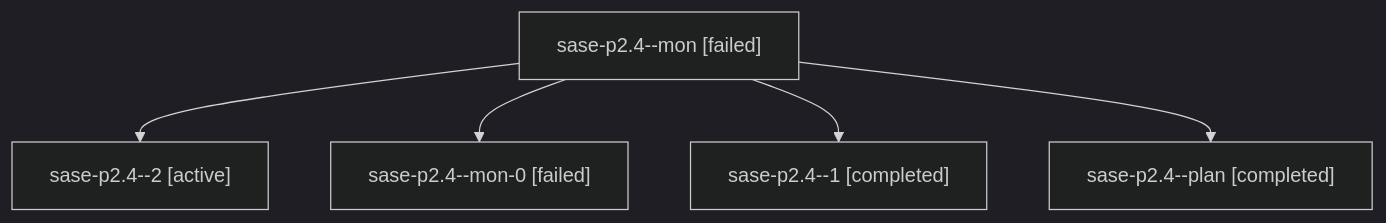
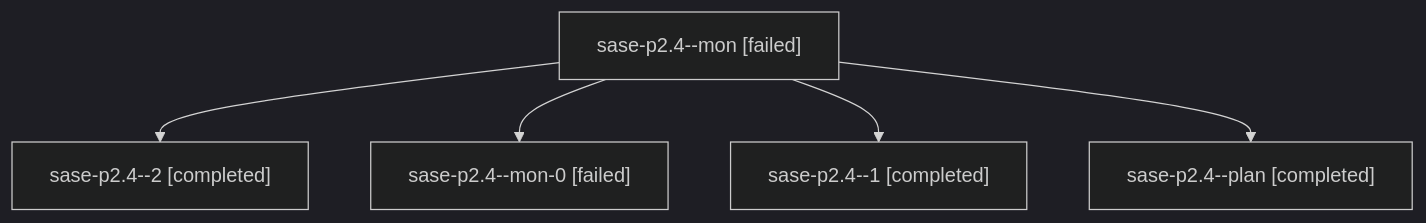
Before and after one commit to sase-org/sase--agents: the diagram in families/bbugyi200.athena.sase-p2.4.md, drawn with Mermaid (dark theme). The commit also changed other lines of this file and 53 other files, not shown here.

````diff
--- a/families/bbugyi200.athena.sase-p2.4.md
+++ b/families/bbugyi200.athena.sase-p2.4.md
@@ -9,12 +9,12 @@
 ```mermaid
 flowchart TD
   n0["sase-p2.4--mon [failed]"]
-  n1["sase-p2.4--2 [active]"]
+  n1["sase-p2.4--2 [completed]"]
   n0 --> n1
   n2["sase-p2.4--mon-0 [failed]"]
   n0 --> n2
   n3["sase-p2.4--1 [completed]"]
   n0 --> n3
   n4["sase-p2.4--plan [completed]"]
   n0 --> n4
 ```
````
